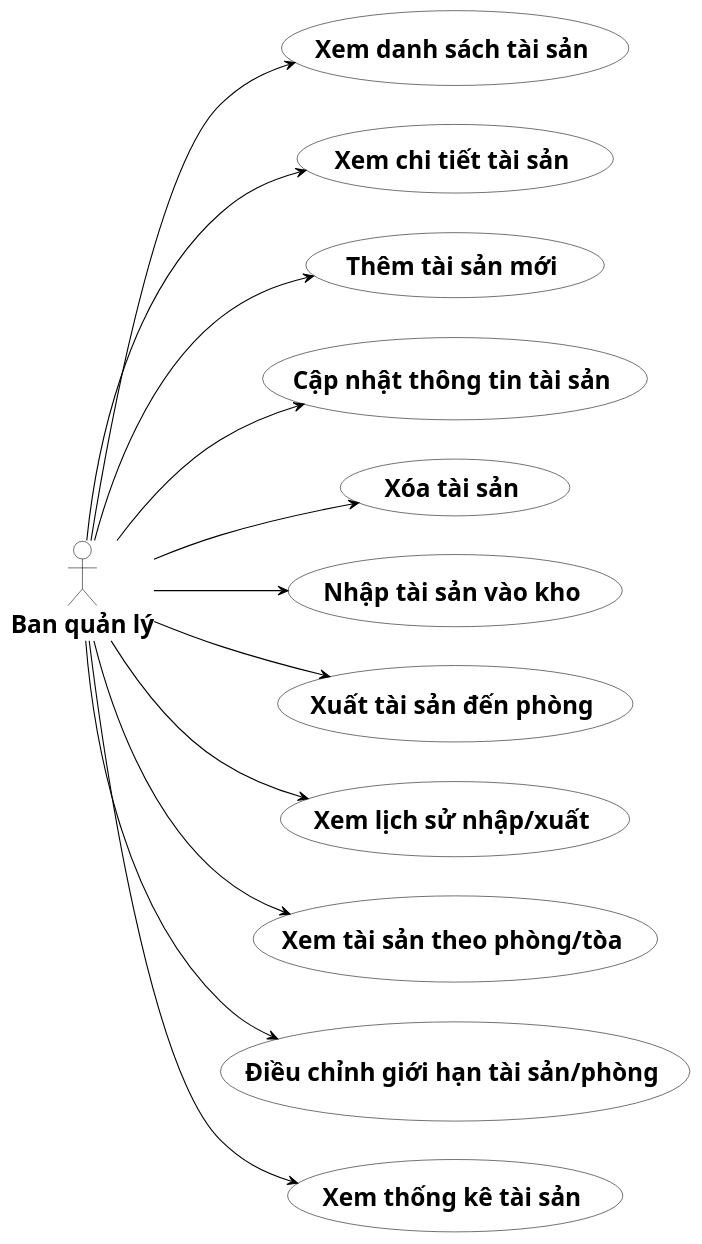
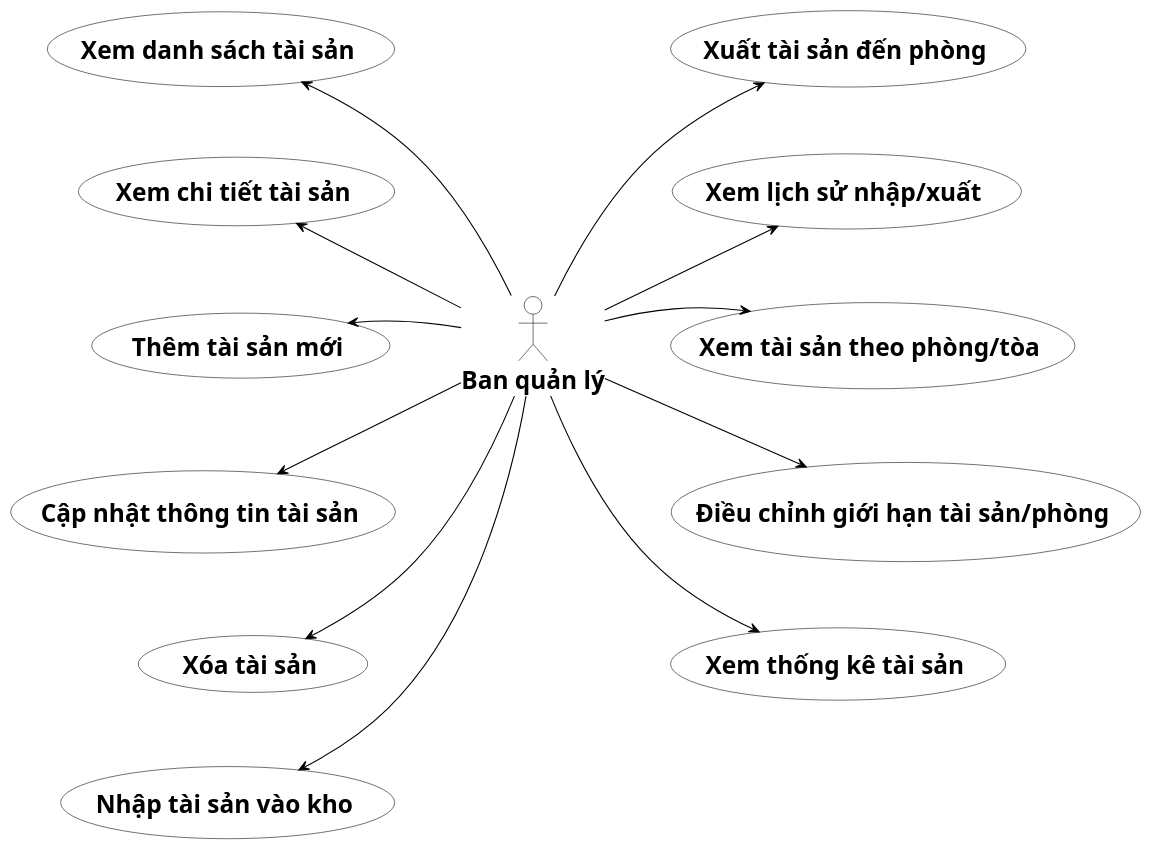
One commit to s0nbuildtech287/dormitory-frontend changed the diagram in diagrams/usecase_phanra/uc_taisan.puml. Above: the diagram before and after it, drawn with PlantUML.

```diff
--- a/diagrams/usecase_phanra/uc_taisan.puml
+++ b/diagrams/usecase_phanra/uc_taisan.puml
@@ -1,42 +1,65 @@
-@startuml "UC Phân rã - Quản lý tài sản"
+@startuml
 skinparam defaultFontSize 22
 skinparam defaultFontName "Times New Roman"
-left to right direction
 skinparam usecase {
   BackgroundColor White
   BorderColor Black
 }
 skinparam actor {
   BackgroundColor White
   BorderColor Black
 }
 skinparam ArrowColor Black
 skinparam ArrowThickness 1
 skinparam shadowing false
 
 actor "<b>Ban quản lý</b>" as Admin
 
-usecase "<b>Xem danh sách tài sản</b>" as UC1
-usecase "<b>Xem chi tiết tài sản</b>" as UC2
-usecase "<b>Thêm tài sản mới</b>" as UC3
-usecase "<b>Cập nhật thông tin tài sản</b>" as UC4
-usecase "<b>Xóa tài sản</b>" as UC5
-usecase "<b>Nhập tài sản vào kho</b>" as UC6
-usecase "<b>Xuất tài sản đến phòng</b>" as UC7
-usecase "<b>Xem lịch sử nhập/xuất</b>" as UC8
-usecase "<b>Xem tài sản theo phòng/tòa</b>" as UC9
-usecase "<b>Điều chỉnh giới hạn tài sản/phòng</b>" as UC10
-usecase "<b>Xem thống kê tài sản</b>" as UC11
+together {
+  usecase "<b>Xem danh sách tài sản</b>" as UC1
+  usecase "<b>Xem chi tiết tài sản</b>" as UC2
+  usecase "<b>Thêm tài sản mới</b>" as UC3
+  usecase "<b>Cập nhật thông tin tài sản</b>" as UC4
+  usecase "<b>Xóa tài sản</b>" as UC5
+  usecase "<b>Nhập tài sản vào kho</b>" as UC6
+}
 
-Admin --> UC1
-Admin --> UC2
-Admin --> UC3
+together {
+  usecase "<b>Xuất tài sản đến phòng</b>" as UC7
+  usecase "<b>Xem lịch sử nhập/xuất</b>" as UC8
+  usecase "<b>Xem tài sản theo phòng/tòa</b>" as UC9
+  usecase "<b>Điều chỉnh giới hạn tài sản/phòng</b>" as UC10
+  usecase "<b>Xem thống kê tài sản</b>" as UC11
+}
+
+UC1 -[hidden]-> UC2
+UC2 -[hidden]-> UC3
+UC3 -[hidden]-> UC4
+UC4 -[hidden]-> UC5
+UC5 -[hidden]-> UC6
+
+UC7 -[hidden]-> UC8
+UC8 -[hidden]-> UC9
+UC9 -[hidden]-> UC10
+UC10 -[hidden]-> UC11
+
+UC1 -[hidden]right-> UC7
+UC2 -[hidden]right-> UC8
+UC3 -[hidden]right-> Admin
+Admin -[hidden]right-> UC9
+UC4 -[hidden]right-> UC10
+UC5 -[hidden]right-> UC11
+
+UC1 <-- Admin
+UC2 <-- Admin
+UC3 <-- Admin
 Admin --> UC4
 Admin --> UC5
 Admin --> UC6
-Admin --> UC7
-Admin --> UC8
+
+UC7 <-- Admin
+UC8 <-- Admin
 Admin --> UC9
 Admin --> UC10
 Admin --> UC11
 @enduml
```
